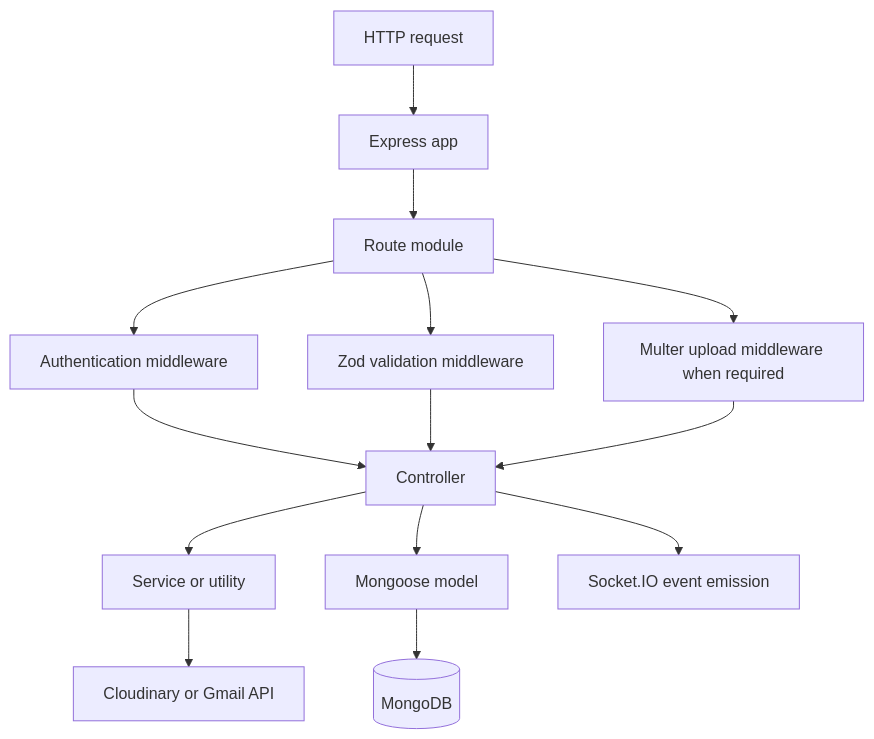
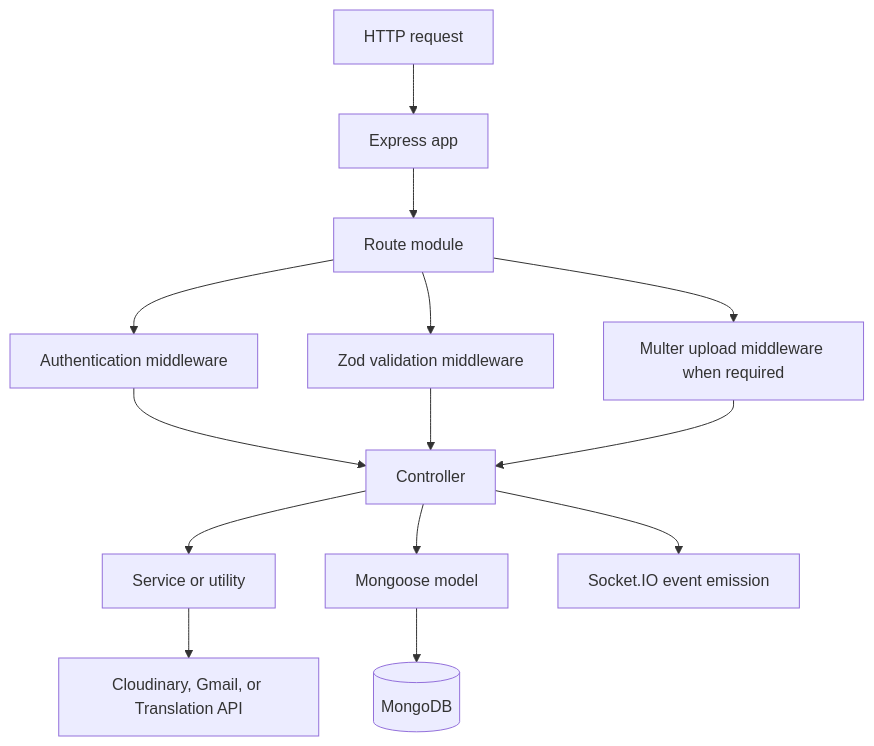
The third of 7 diagrams in docs/02-system-architecture.md (Saurav11343/click-chat), drawn with Mermaid before and after one commit. The commit also changed other lines of this file and 12 other files, not shown here.

````diff
--- a/docs/02-system-architecture.md
+++ b/docs/02-system-architecture.md
@@ -69,16 +77,16 @@
 ```mermaid
 flowchart TD
     REQ["HTTP request"] --> APP["Express app"]
     APP --> ROUTE["Route module"]
     ROUTE --> AUTH["Authentication middleware"]
     ROUTE --> VAL["Zod validation middleware"]
     ROUTE --> UP["Multer upload middleware when required"]
     AUTH --> CTRL["Controller"]
     VAL --> CTRL
     UP --> CTRL
     CTRL --> SERVICE["Service or utility"]
     CTRL --> MODEL["Mongoose model"]
-    SERVICE --> EXT["Cloudinary or Gmail API"]
+    SERVICE --> EXT["Cloudinary, Gmail, or Translation API"]
     MODEL --> DB[("MongoDB")]
     CTRL --> SOCKET["Socket.IO event emission"]
 ```
````
